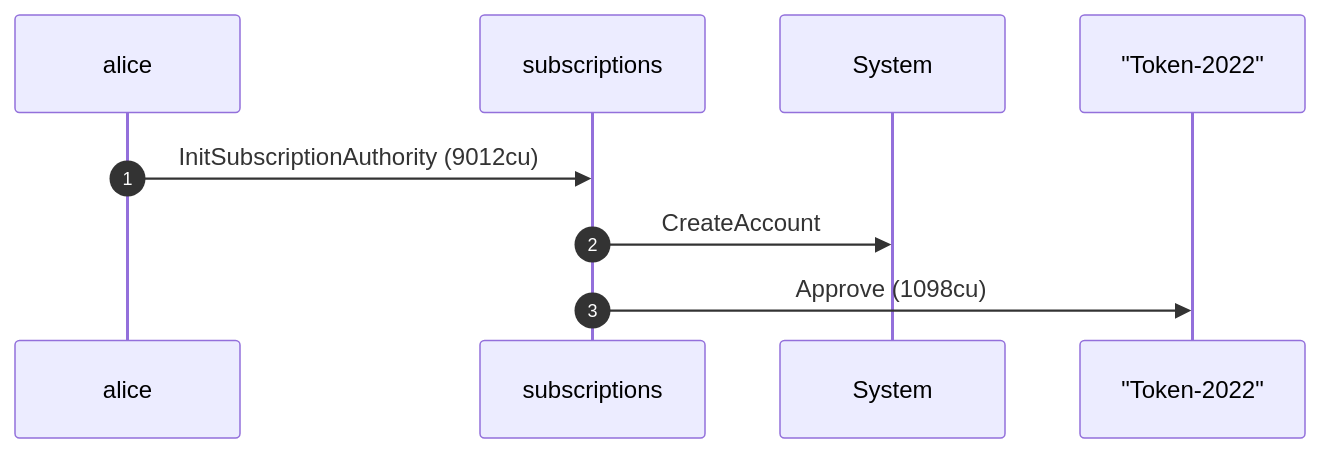
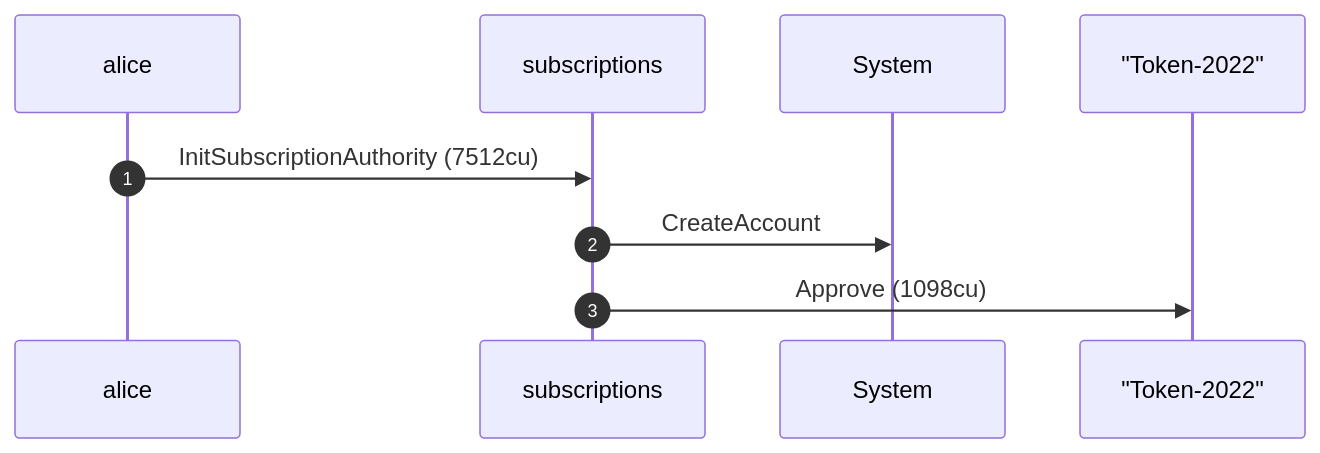
Before and after one commit to cds-rs/subscriptions: the first of 4 diagrams in dsl_tests/allow-a-mutable-inactive-transfer-hook.md, drawn with Mermaid. The commit also changed other lines of this file and 224 other files, not shown here.

````diff
--- a/dsl_tests/allow-a-mutable-inactive-transfer-hook.md
+++ b/dsl_tests/allow-a-mutable-inactive-transfer-hook.md
@@ -24,11 +25,11 @@
 ```mermaid
 sequenceDiagram
     autonumber
     participant alice
     participant subscriptions
     participant System
     participant Token_2022 as "Token-2022"
-    alice ->> subscriptions: InitSubscriptionAuthority (9012cu)
+    alice ->> subscriptions: InitSubscriptionAuthority (7512cu)
     subscriptions ->> System: CreateAccount
     subscriptions ->> Token_2022: Approve (1098cu)
 ```
````
